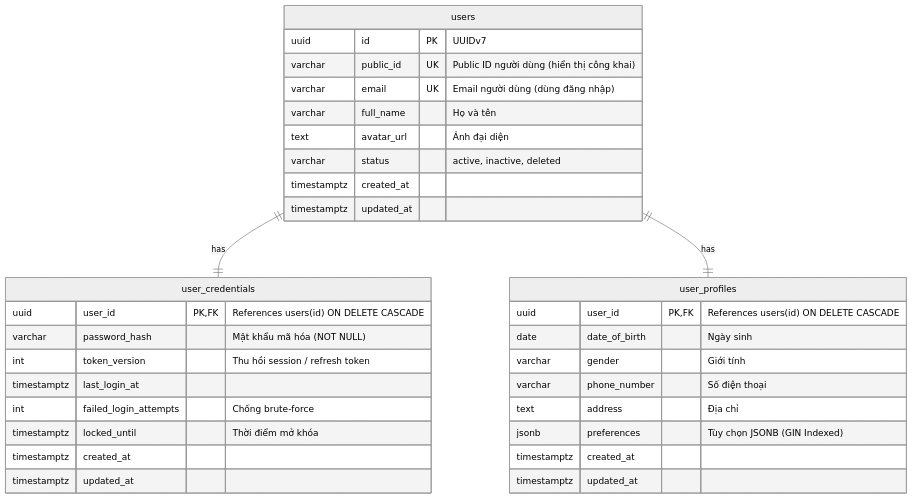
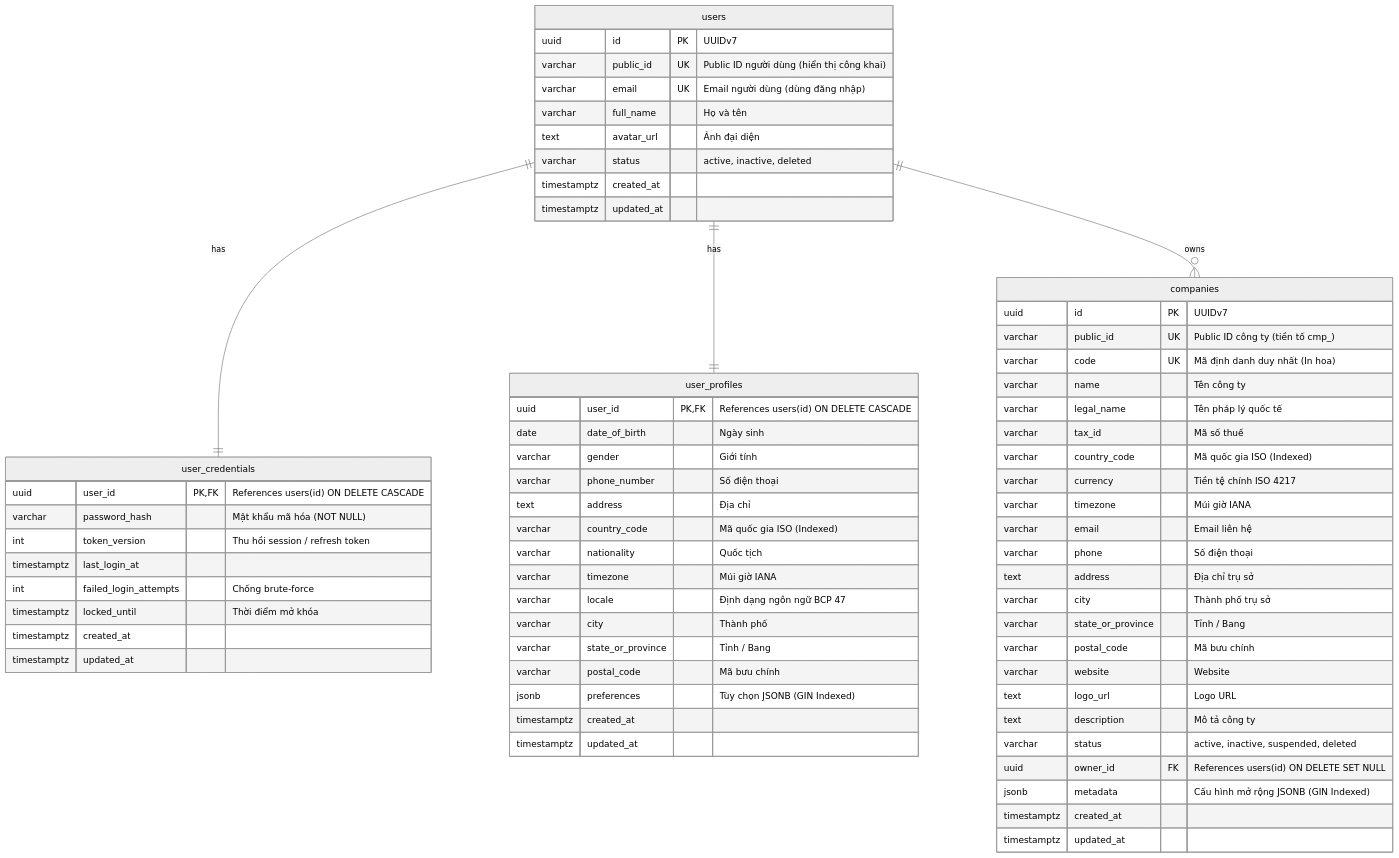
The diagram in README.md (vlahanam/terra-clone), drawn with Mermaid (neutral theme) before and after one commit. The commit also changed other lines of this file and 27 other files, not shown here.

````diff
--- a/README.md
+++ b/README.md
@@ -184,38 +197,72 @@
 ```mermaid
 erDiagram
     users ||--|| user_credentials : "has"
     users ||--|| user_profiles : "has"
+    users ||--o{ companies : "owns"
 
     users {
         uuid id PK "UUIDv7"
         varchar public_id UK "Public ID người dùng (hiển thị công khai)"
         varchar email UK "Email người dùng (dùng đăng nhập)"
         varchar full_name "Họ và tên"
         text avatar_url "Ảnh đại diện"
         varchar status "active, inactive, deleted"
         timestamptz created_at
         timestamptz updated_at
     }
 
     user_credentials {
         uuid user_id PK,FK "References users(id) ON DELETE CASCADE"
         varchar password_hash "Mật khẩu mã hóa (NOT NULL)"
         int token_version "Thu hồi session / refresh token"
         timestamptz last_login_at
         int failed_login_attempts "Chống brute-force"
         timestamptz locked_until "Thời điểm mở khóa"
         timestamptz created_at
         timestamptz updated_at
     }
 
     user_profiles {
         uuid user_id PK,FK "References users(id) ON DELETE CASCADE"
         date date_of_birth "Ngày sinh"
         varchar gender "Giới tính"
         varchar phone_number "Số điện thoại"
         text address "Địa chỉ"
+        varchar country_code "Mã quốc gia ISO (Indexed)"
+        varchar nationality "Quốc tịch"
+        varchar timezone "Múi giờ IANA"
+        varchar locale "Định dạng ngôn ngữ BCP 47"
+        varchar city "Thành phố"
+        varchar state_or_province "Tỉnh / Bang"
+        varchar postal_code "Mã bưu chính"
         jsonb preferences "Tùy chọn JSONB (GIN Indexed)"
         timestamptz created_at
         timestamptz updated_at
     }
+
+    companies {
+        uuid id PK "UUIDv7"
+        varchar public_id UK "Public ID công ty (tiền tố cmp_)"
+        varchar code UK "Mã định danh duy nhất (In hoa)"
+        varchar name "Tên công ty"
+        varchar legal_name "Tên pháp lý quốc tế"
+        varchar tax_id "Mã số thuế"
+        varchar country_code "Mã quốc gia ISO (Indexed)"
+        varchar currency "Tiền tệ chính ISO 4217"
+        varchar timezone "Múi giờ IANA"
+        varchar email "Email liên hệ"
+        varchar phone "Số điện thoại"
+        text address "Địa chỉ trụ sở"
+        varchar city "Thành phố trụ sở"
+        varchar state_or_province "Tỉnh / Bang"
+        varchar postal_code "Mã bưu chính"
+        varchar website "Website"
+        text logo_url "Logo URL"
+        text description "Mô tả công ty"
+        varchar status "active, inactive, suspended, deleted"
+        uuid owner_id FK "References users(id) ON DELETE SET NULL"
+        jsonb metadata "Cấu hình mở rộng JSONB (GIN Indexed)"
+        timestamptz created_at
+        timestamptz updated_at
+    }
 ```
````
